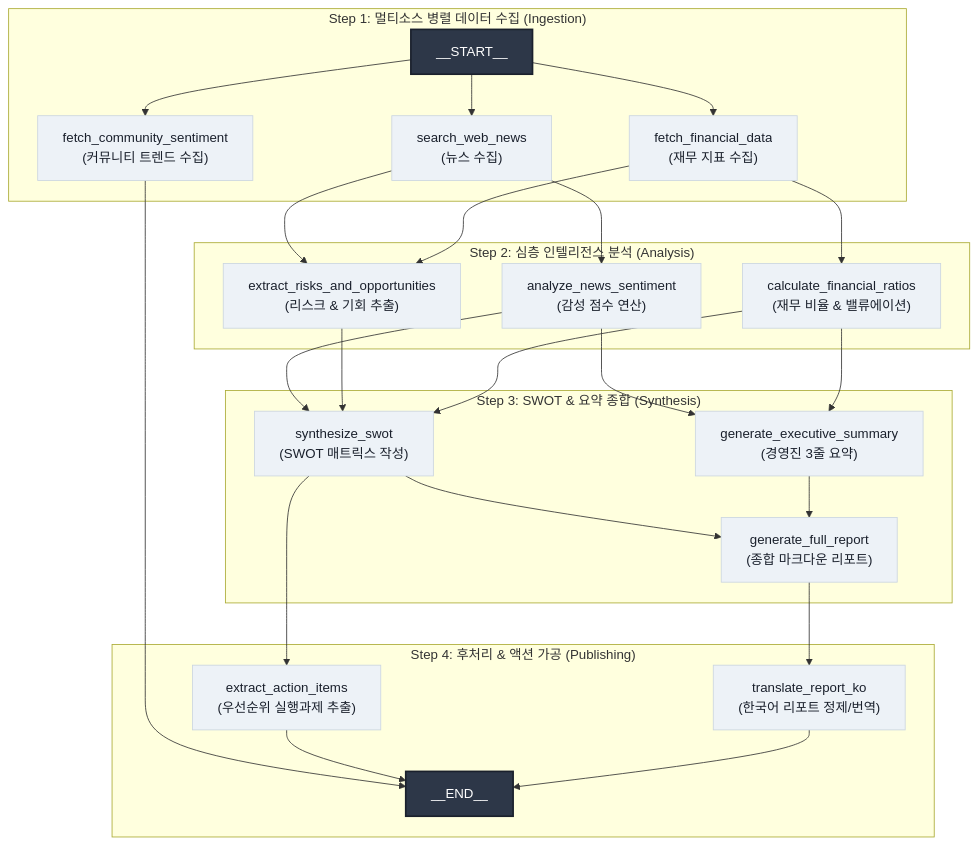
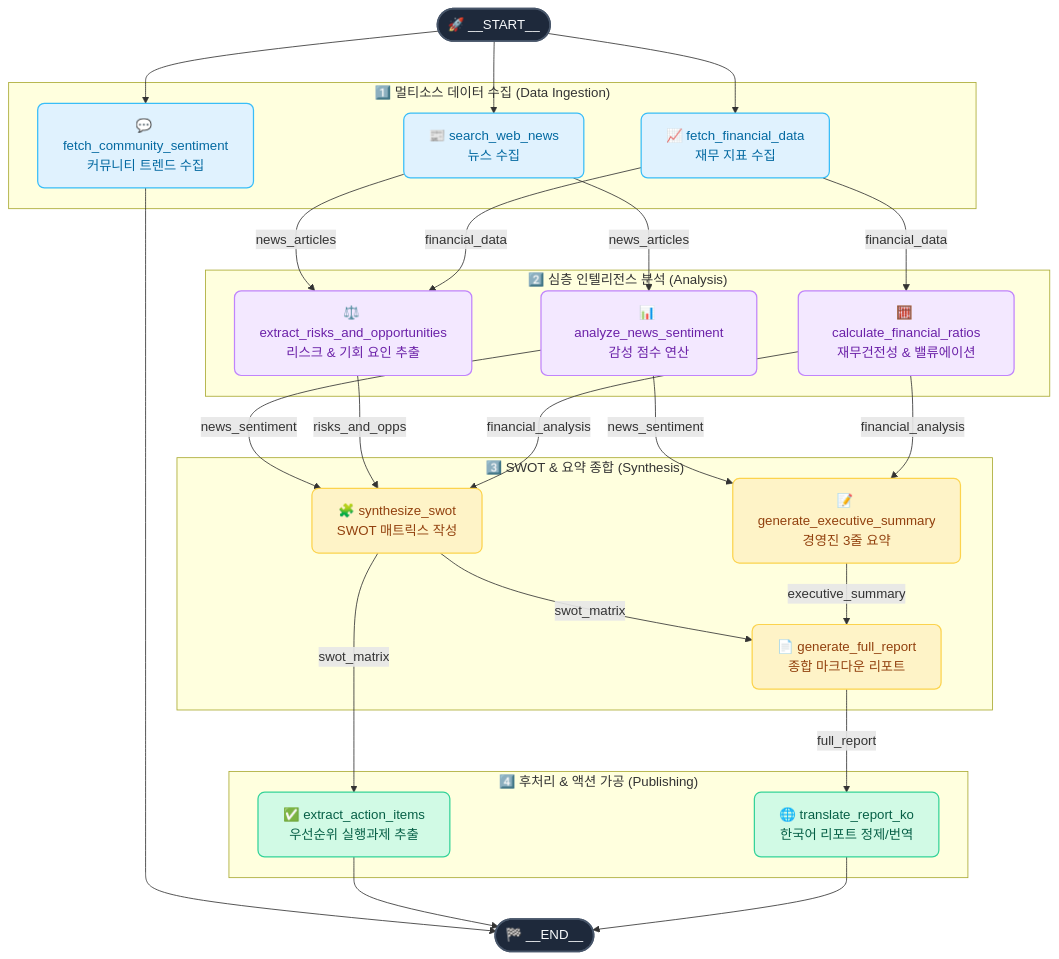
One commit to Jacob-9909/DAG changed the second of 2 diagrams in README.md. Above: the diagram before and after it, drawn with Mermaid. The commit also changed other lines of this file, not shown here.

Commit message:
docs: enhance Mermaid diagrams in README with custom color themes, emojis, and state flow labels

````diff
--- a/README.md
+++ b/README.md
@@ -31,39 +35,60 @@
 ```mermaid
-graph TD
-    subgraph Step1["Step 1: 멀티소스 병렬 데이터 수집 (Ingestion)"]
-        START["__START__"] --> N1["search_web_news<br/>(뉴스 수집)"]
-        START --> N2["fetch_financial_data<br/>(재무 지표 수집)"]
-        START --> N3["fetch_community_sentiment<br/>(커뮤니티 트렌드 수집)"]
+flowchart TD
+    classDef startEnd fill:#1e293b,color:#f8fafc,stroke:#475569,stroke-width:2px,rx:10px;
+    classDef ingest fill:#e0f2fe,color:#0369a1,stroke:#38bdf8,stroke-width:1.5px,rx:8px;
+    classDef analyze fill:#f3e8ff,color:#6b21a8,stroke:#c084fc,stroke-width:1.5px,rx:8px;
+    classDef synth fill:#fef3c7,color:#92400e,stroke:#fcd34d,stroke-width:1.5px,rx:8px;
+    classDef pub fill:#d1fae5,color:#065f46,stroke:#34d399,stroke-width:1.5px,rx:8px;
+
+    START(["🚀 __START__"]):::startEnd
+
+    subgraph Step1 ["1️⃣ 멀티소스 데이터 수집 (Data Ingestion)"]
+        N1["📰 search_web_news<br/>뉴스 수집"]:::ingest
+        N2["📈 fetch_financial_data<br/>재무 지표 수집"]:::ingest
+        N3["💬 fetch_community_sentiment<br/>커뮤니티 트렌드 수집"]:::ingest
     end
 
-    subgraph Step2["Step 2: 심층 인텔리전스 분석 (Analysis)"]
-        N1 --> N4["analyze_news_sentiment<br/>(감성 점수 연산)"]
-        N1 --> N5["extract_risks_and_opportunities<br/>(리스크 & 기회 추출)"]
-        N2 --> N5
-        N2 --> N6["calculate_financial_ratios<br/>(재무 비율 & 밸류에이션)"]
+    subgraph Step2 ["2️⃣ 심층 인텔리전스 분석 (Analysis)"]
+        N4["📊 analyze_news_sentiment<br/>감성 점수 연산"]:::analyze
+        N5["⚖️ extract_risks_and_opportunities<br/>리스크 & 기회 요인 추출"]:::analyze
+        N6["🧮 calculate_financial_ratios<br/>재무건전성 & 밸류에이션"]:::analyze
     end
 
-    subgraph Step3["Step 3: SWOT & 요약 종합 (Synthesis)"]
-        N4 --> N7["synthesize_swot<br/>(SWOT 매트릭스 작성)"]
-        N5 --> N7
-        N6 --> N7
-        N4 --> N8["generate_executive_summary<br/>(경영진 3줄 요약)"]
-        N6 --> N8
-        N7 --> N9["generate_full_report<br/>(종합 마크다운 리포트)"]
-        N8 --> N9
+    subgraph Step3 ["3️⃣ SWOT & 요약 종합 (Synthesis)"]
+        N7["🧩 synthesize_swot<br/>SWOT 매트릭스 작성"]:::synth
+        N8["📝 generate_executive_summary<br/>경영진 3줄 요약"]:::synth
+        N9["📄 generate_full_report<br/>종합 마크다운 리포트"]:::synth
     end
 
-    subgraph Step4["Step 4: 후처리 & 액션 가공 (Publishing)"]
-        N7 --> N10["extract_action_items<br/>(우선순위 실행과제 추출)"]
-        N9 --> N11["translate_report_ko<br/>(한국어 리포트 정제/번역)"]
-        N3 --> END["__END__"]
-        N10 --> END
-        N11 --> END
+    subgraph Step4 ["4️⃣ 후처리 & 액션 가공 (Publishing)"]
+        N10["✅ extract_action_items<br/>우선순위 실행과제 추출"]:::pub
+        N11["🌐 translate_report_ko<br/>한국어 리포트 정제/번역"]:::pub
     end
 
-    classDef startEnd fill:#2d3748,color:#fff,stroke:#1a202c,stroke-width:2px;
-    classDef nodeStyle fill:#edf2f7,color:#1a202c,stroke:#cbd5e0,stroke-width:1px;
-    
-    class START,END startEnd;
-    class N1,N2,N3,N4,N5,N6,N7,N8,N9,N10,N11 nodeStyle;
+    END(["🏁 __END__"]):::startEnd
+
+    START --> N1
+    START --> N2
+    START --> N3
+
+    N1 -->|news_articles| N4
+    N1 -->|news_articles| N5
+    N2 -->|financial_data| N5
+    N2 -->|financial_data| N6
+
+    N4 -->|news_sentiment| N7
+    N5 -->|risks_and_opps| N7
+    N6 -->|financial_analysis| N7
+    N4 -->|news_sentiment| N8
+    N6 -->|financial_analysis| N8
+
+    N7 -->|swot_matrix| N9
+    N8 -->|executive_summary| N9
+
+    N7 -->|swot_matrix| N10
+    N9 -->|full_report| N11
+
+    N3 --> END
+    N10 --> END
+    N11 --> END
 ```
````
